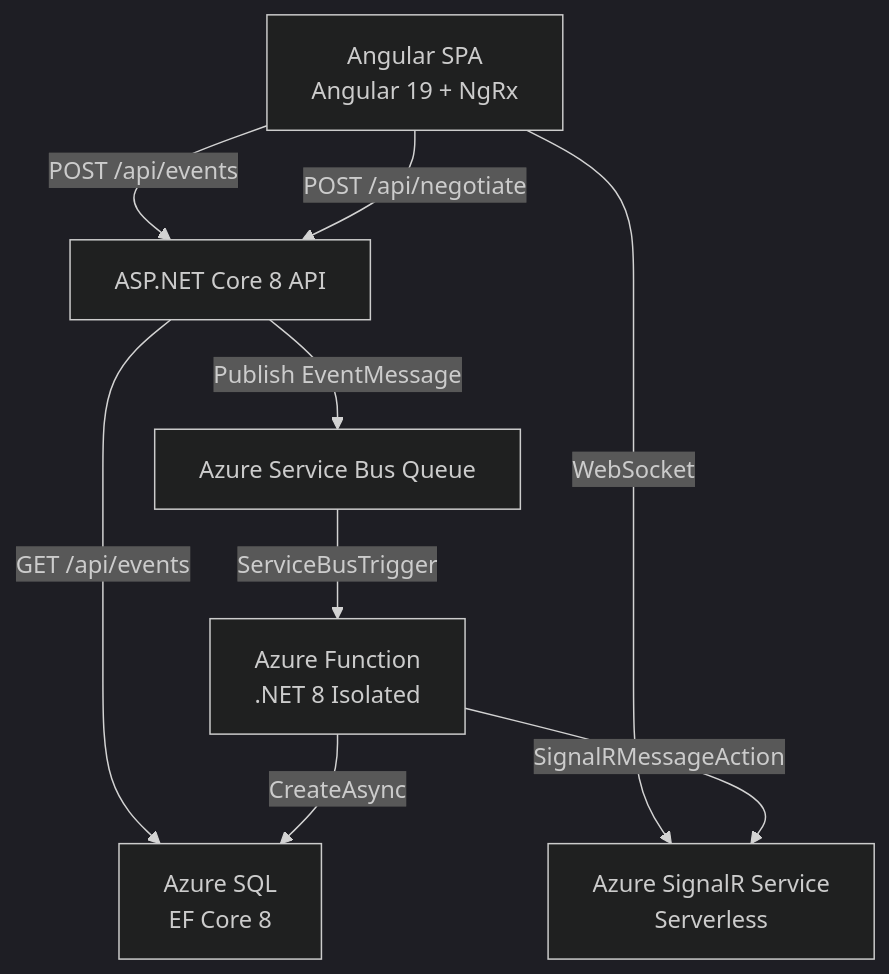
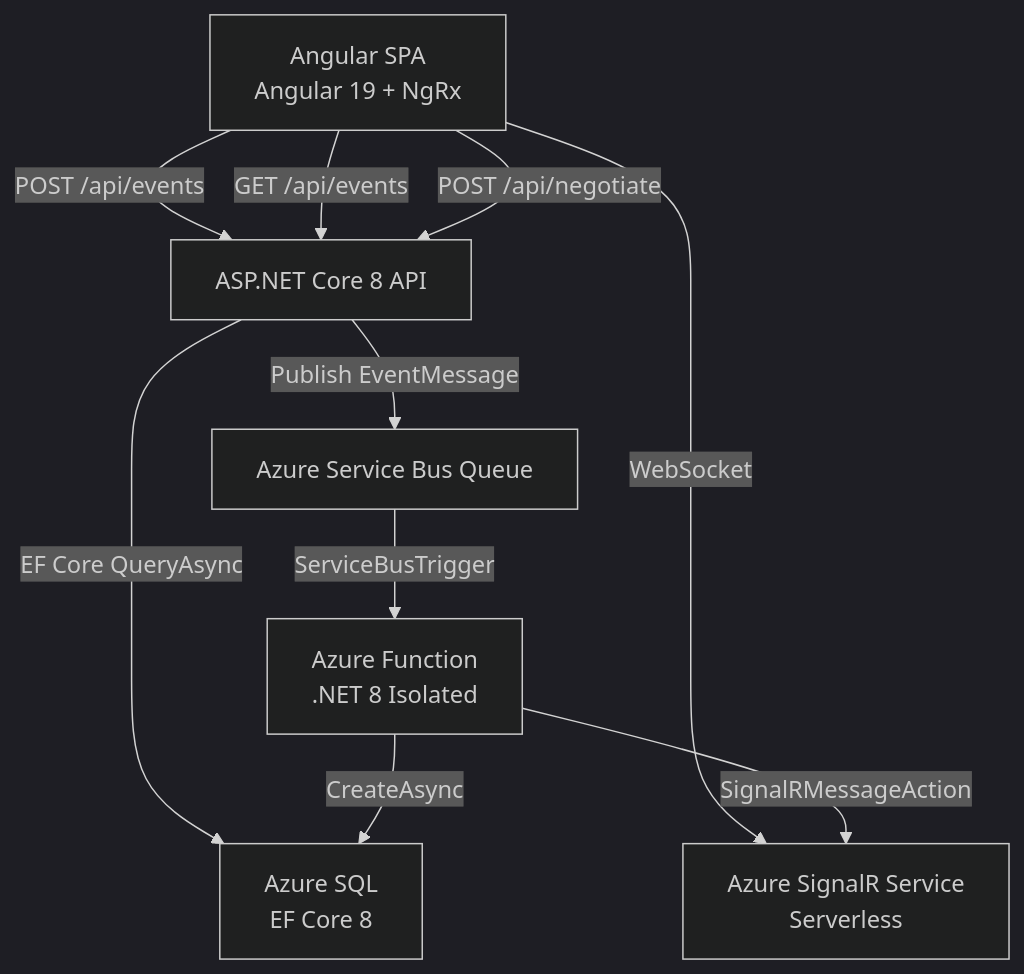
The diagram in README.md (AbsoluteUsername/event-hub), drawn with Mermaid (dark theme) before and after one commit. The commit also changed other lines of this file and 2 other files, not shown here.

First line of the commit message:
fix: 5-4-readme-and-architecture-documentation - code review fixes

````diff
--- a/README.md
+++ b/README.md
@@ -38,11 +36,12 @@
 ```mermaid
 graph TD
     A["Angular SPA<br>Angular 19 + NgRx"] -->|"POST /api/events"| B["ASP.NET Core 8 API"]
+    A -->|"GET /api/events"| B
     A -->|"POST /api/negotiate"| B
     A -->|WebSocket| F["Azure SignalR Service<br>Serverless"]
     B -->|"Publish EventMessage"| C["Azure Service Bus Queue"]
-    B -->|"GET /api/events"| D["Azure SQL<br>EF Core 8"]
+    B -->|"EF Core QueryAsync"| D["Azure SQL<br>EF Core 8"]
     C -->|ServiceBusTrigger| E["Azure Function<br>.NET 8 Isolated"]
     E -->|CreateAsync| D
     E -->|SignalRMessageAction| F
 ```
````
